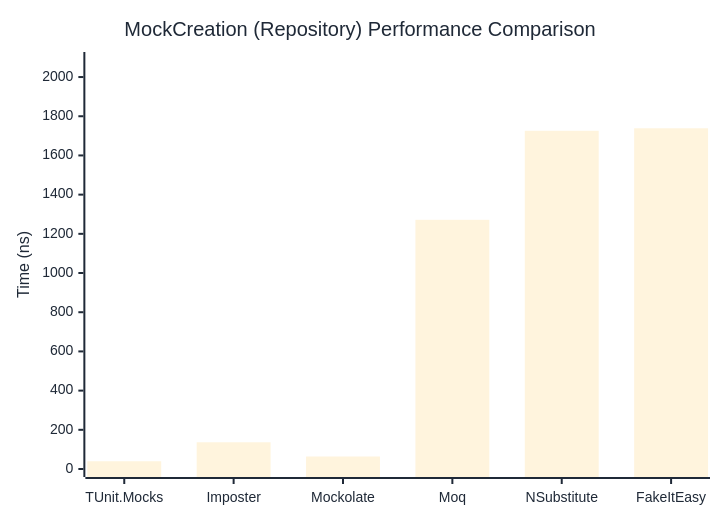
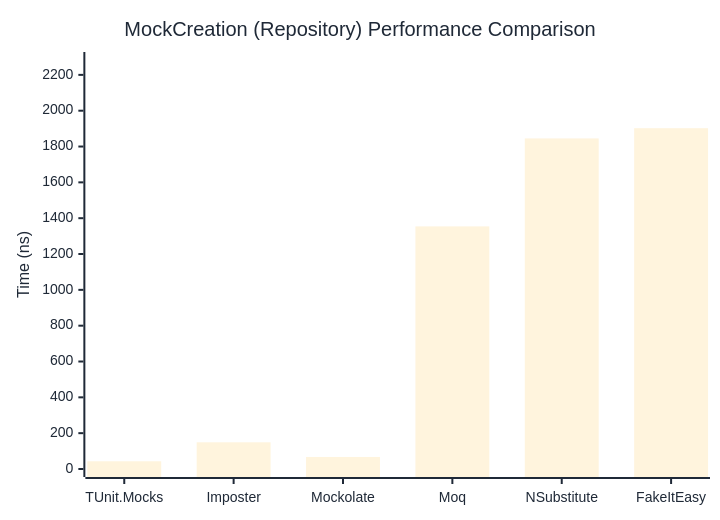
The second of 2 diagrams in docs/docs/benchmarks/mocks/MockCreation.md (thomhurst/TUnit), drawn with Mermaid before and after one commit. The commit also changed other lines of this file and 13 other files, not shown here.

````diff
--- a/docs/docs/benchmarks/mocks/MockCreation.md
+++ b/docs/docs/benchmarks/mocks/MockCreation.md
@@ -69,27 +69,27 @@
 ```mermaid
 %%{init: {
   'theme':'base',
   'themeVariables': {
     'primaryColor': '#2563eb',
     'primaryTextColor': '#1f2937',
     'primaryBorderColor': '#1e40af',
     'lineColor': '#6b7280',
     'secondaryColor': '#7c3aed',
     'tertiaryColor': '#dc2626',
     'background': '#ffffff',
     'pie1': '#2563eb',
     'pie2': '#7c3aed',
     'pie3': '#dc2626',
     'pie4': '#f59e0b',
     'pie5': '#10b981',
     'pie6': '#06b6d4',
     'pie7': '#ec4899',
     'pie8': '#6366f1'
   }
 }}%%
 xychart-beta
   title "MockCreation (Repository) Performance Comparison"
   x-axis ["TUnit.Mocks", "Imposter", "Mockolate", "Moq", "NSubstitute", "FakeItEasy"]
-  y-axis "Time (ns)" 0 --> 2087
-  bar [39.52, 136.35, 63.81, 1271.55, 1725.84, 1738.57]
+  y-axis "Time (ns)" 0 --> 2283
+  bar [43.09, 149.02, 67.16, 1354.15, 1845.34, 1902.44]
 ```
````
